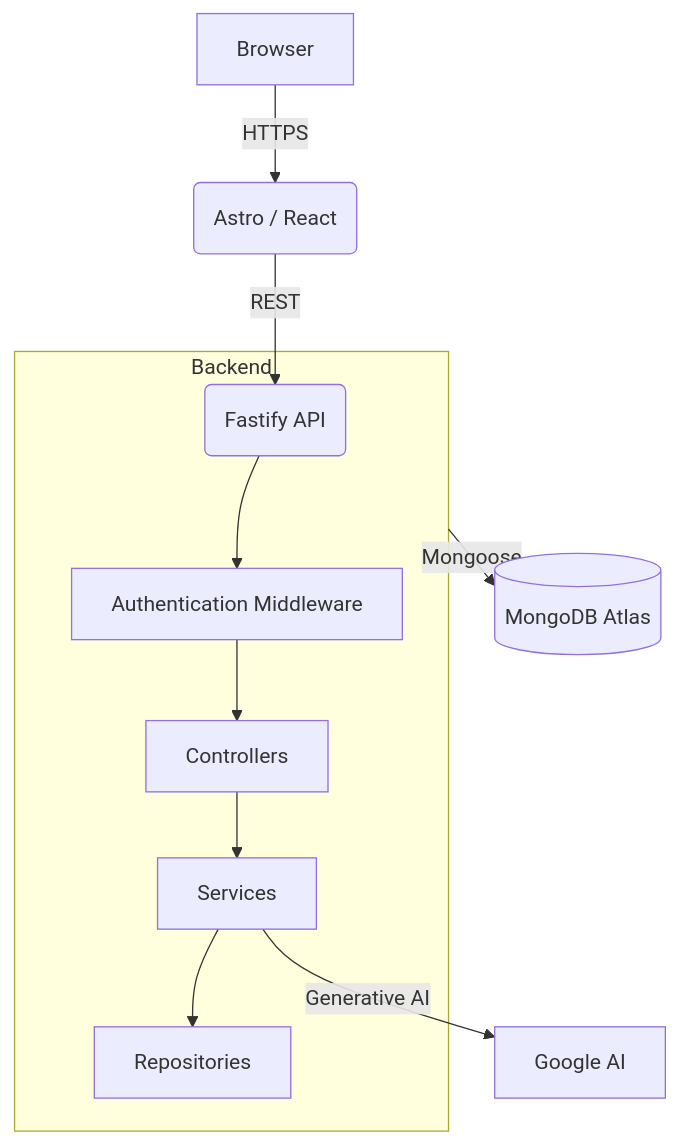
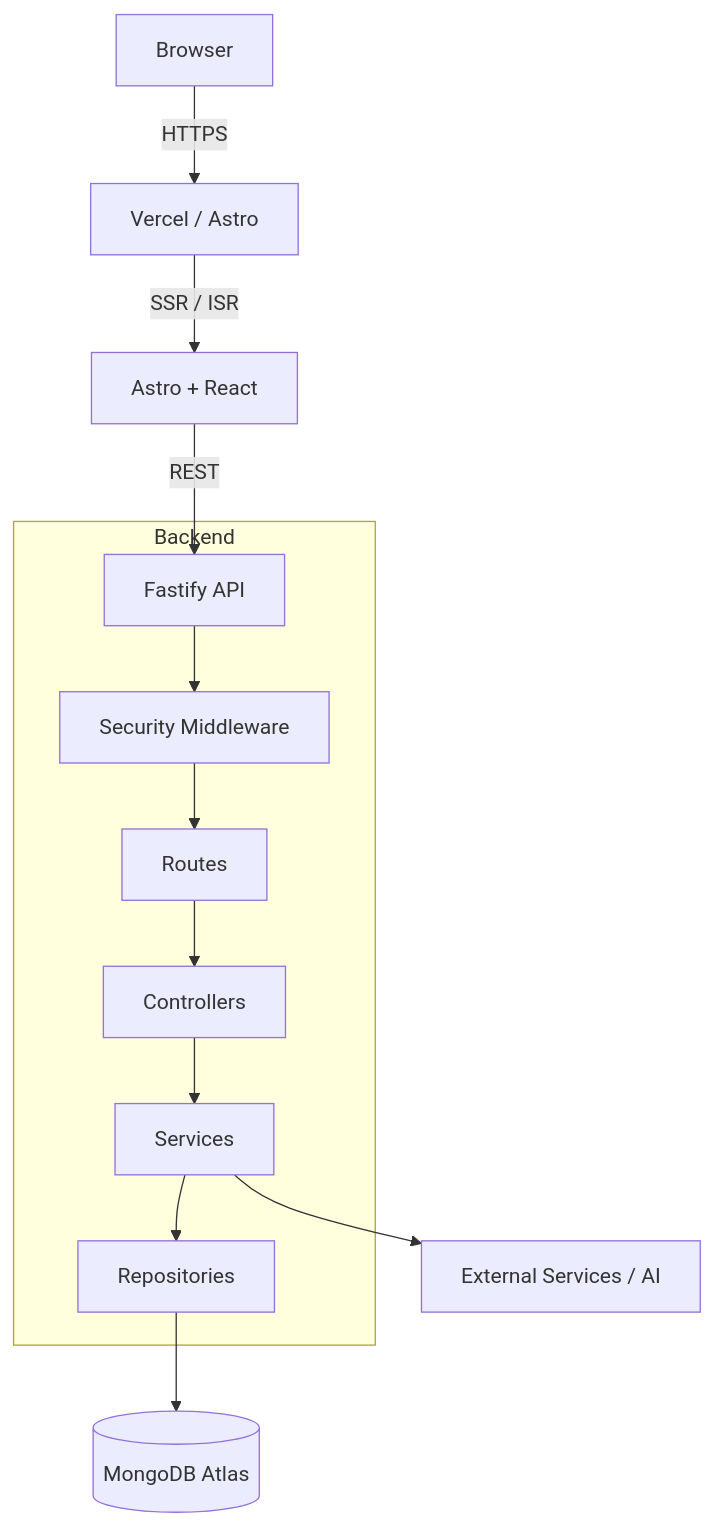
One commit to AeSoul0/CodeForge changed the diagram in README.md. Above: the diagram before and after it, drawn with Mermaid. The commit also changed other lines of this file and 12 other files, not shown here.

`````diff
--- a/README.md
+++ b/README.md
@@ -15,15 +48,17 @@
 ```mermaid
 graph TD
-    Browser[Browser] -->|HTTPS| Frontend(Astro / React)
-    Frontend -->|REST| API(Fastify API)
-    
+    Browser[Browser] -->|HTTPS| Vercel[Vercel / Astro]
+    Vercel -->|SSR / ISR| Frontend[Astro + React]
+    Frontend -->|REST| API[Fastify API]
+
     subgraph Backend
-        API --> Auth[Authentication Middleware]
-        Auth --> Controllers
-        Controllers --> Services
-        Services --> Repositories
+        API --> Security[Security Middleware]
+        Security --> Routes[Routes]
+        Routes --> Controllers[Controllers]
+        Controllers --> Services[Services]
+        Services --> Repositories[Repositories]
     end
-    
-    Backend -->|Mongoose| MongoDB[(MongoDB Atlas)]
-    Services -->|Generative AI| VertexAI[Google AI]
-```
+
+    Repositories --> MongoDB[(MongoDB Atlas)]
+    Services --> External[External Services / AI]
+````
`````
